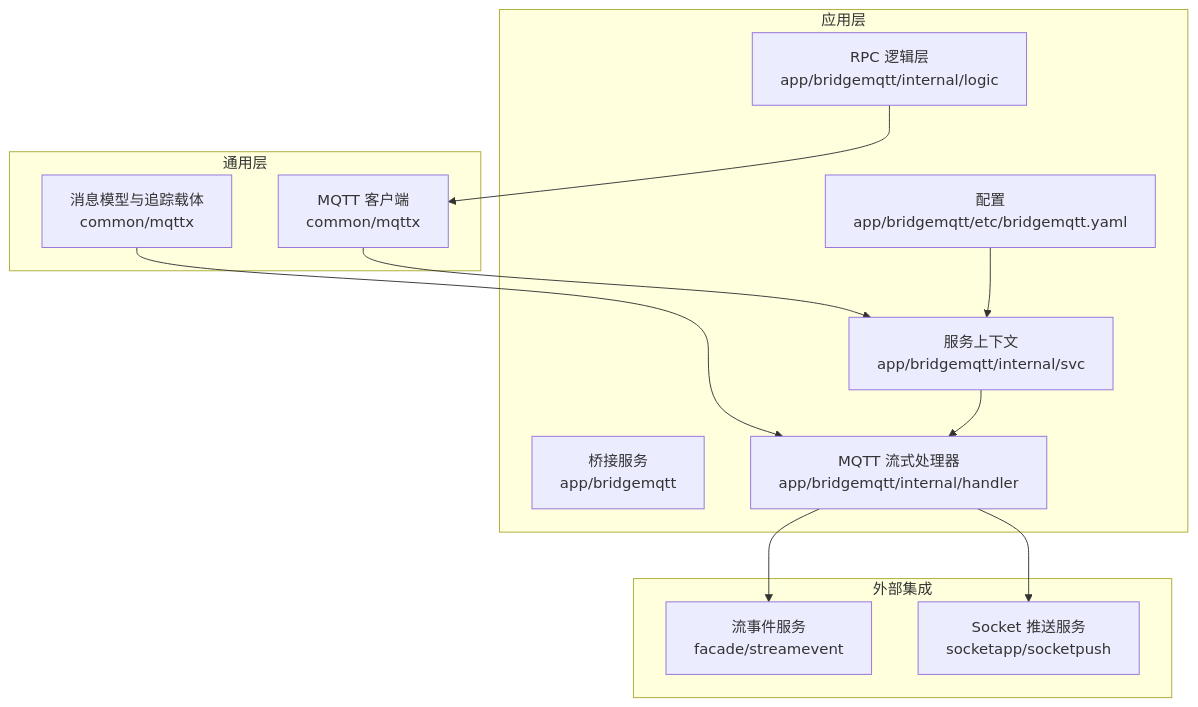
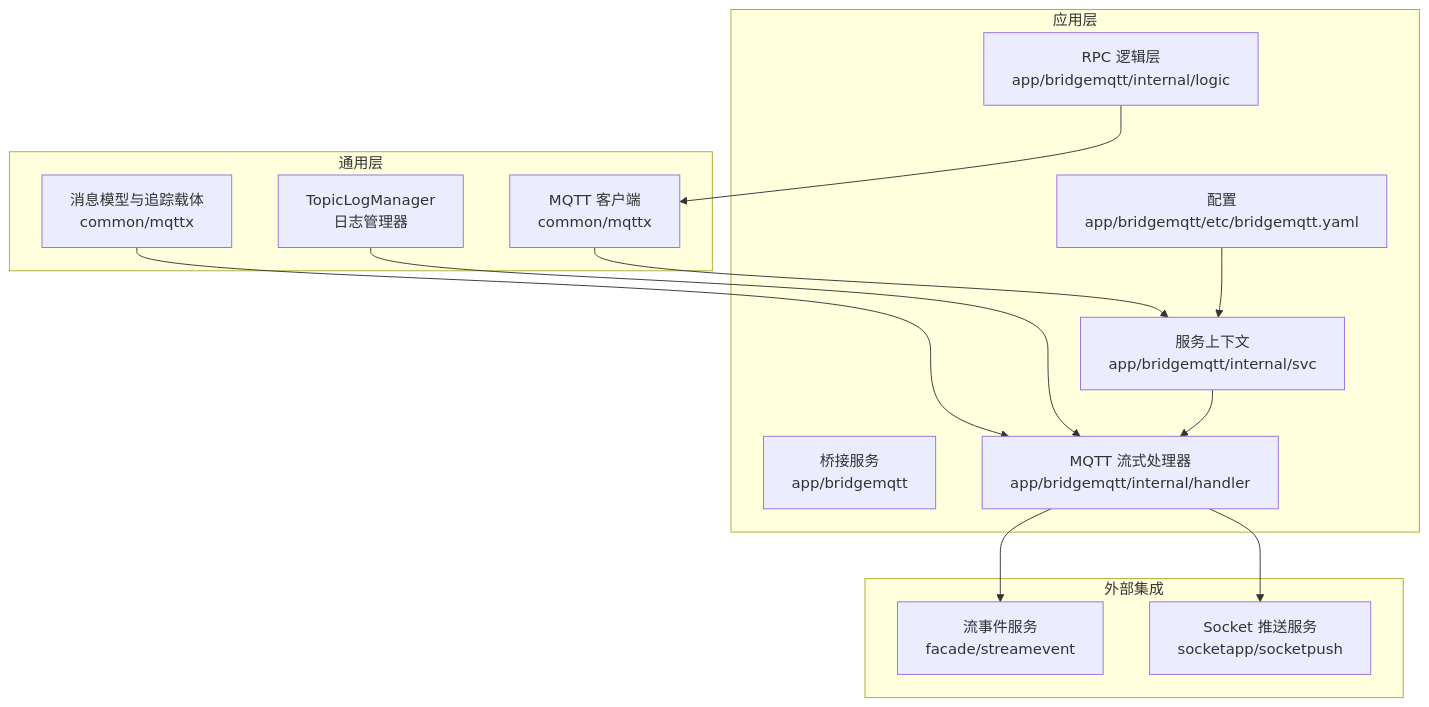
Before and after one commit to maomao94/zero-service: the first of 8 diagrams in .qoder/repowiki/zh/content/核心服务详解/MQTT 协议桥接服务/消息处理与传输.md, drawn with Mermaid. The commit also changed other lines of this file and 59 other files, not shown here.

````diff
--- a/.qoder/repowiki/zh/content/核心服务详解/MQTT 协议桥接服务/消息处理与传输.md
+++ b/.qoder/repowiki/zh/content/核心服务详解/MQTT 协议桥接服务/消息处理与传输.md
@@ -36,25 +45,27 @@
 ```mermaid
 graph TB
 subgraph "通用层"
 MQTTSvc["MQTT 客户端<br/>common/mqttx"]
 MsgModel["消息模型与追踪载体<br/>common/mqttx"]
+TopicLog["TopicLogManager<br/>日志管理器"]
 end
 subgraph "应用层"
 BridgeMQTT["桥接服务<br/>app/bridgemqtt"]
 Cfg["配置<br/>app/bridgemqtt/etc/bridgemqtt.yaml"]
 SvcCtx["服务上下文<br/>app/bridgemqtt/internal/svc"]
 Handler["MQTT 流式处理器<br/>app/bridgemqtt/internal/handler"]
 Logic["RPC 逻辑层<br/>app/bridgemqtt/internal/logic"]
 end
 subgraph "外部集成"
 StreamEvent["流事件服务<br/>facade/streamevent"]
 SocketPush["Socket 推送服务<br/>socketapp/socketpush"]
 end
 MQTTSvc --> SvcCtx
 MsgModel --> Handler
+TopicLog --> Handler
 Cfg --> SvcCtx
 SvcCtx --> Handler
 Handler --> StreamEvent
 Handler --> SocketPush
 Logic --> MQTTSvc
 ```
````
